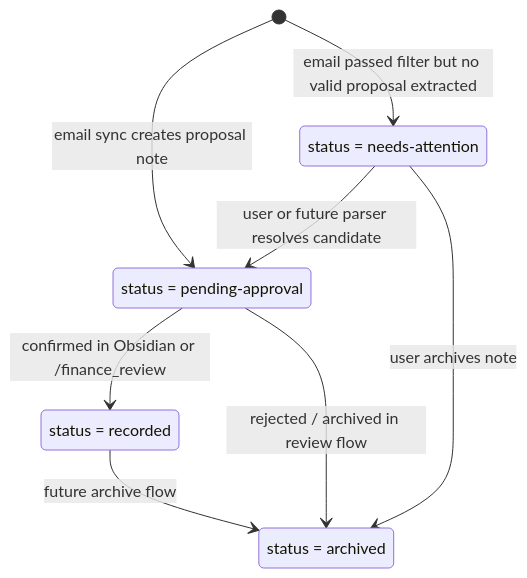
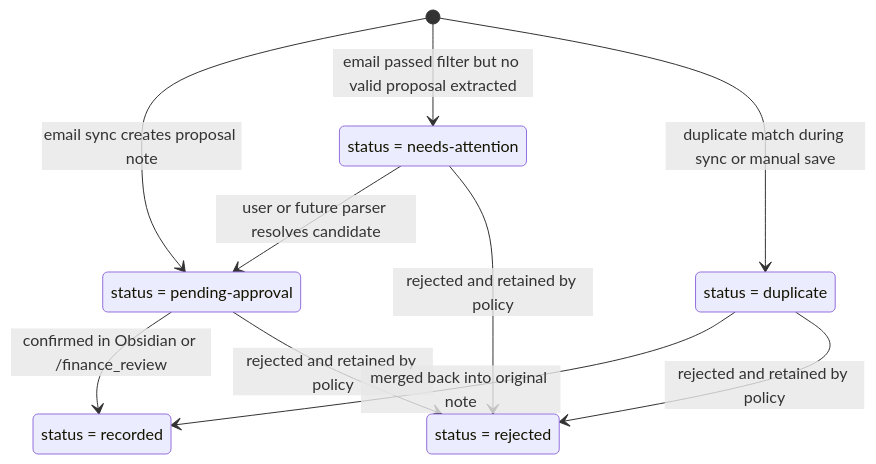
Before and after one commit to Xoanis/obsidian-expense-manager: diagram 13 of 15 in docs/email-finance-intake-architecture.md, drawn with Mermaid. The commit also changed other lines of this file and 11 other files, not shown here.

````diff
--- a/docs/email-finance-intake-architecture.md
+++ b/docs/email-finance-intake-architecture.md
@@ -634,14 +653,17 @@
 ```mermaid
 stateDiagram-v2
     [*] --> Pending : email sync creates proposal note
     [*] --> NeedsAttention : email passed filter but no valid proposal extracted
+    [*] --> Duplicate : duplicate match during sync or manual save
     Pending : status = pending-approval
     NeedsAttention : status = needs-attention
+    Duplicate : status = duplicate
     Pending --> Recorded : confirmed in Obsidian or /finance_review
-    Pending --> Archived : rejected / archived in review flow
+    Pending --> Rejected : rejected and retained by policy
     NeedsAttention --> Pending : user or future parser resolves candidate
-    NeedsAttention --> Archived : user archives note
+    NeedsAttention --> Rejected : rejected and retained by policy
+    Duplicate --> Recorded : merged back into original note
+    Duplicate --> Rejected : rejected and retained by policy
     Recorded : status = recorded
-    Recorded --> Archived : future archive flow
-    Archived : status = archived
+    Rejected : status = rejected
 ```
````
